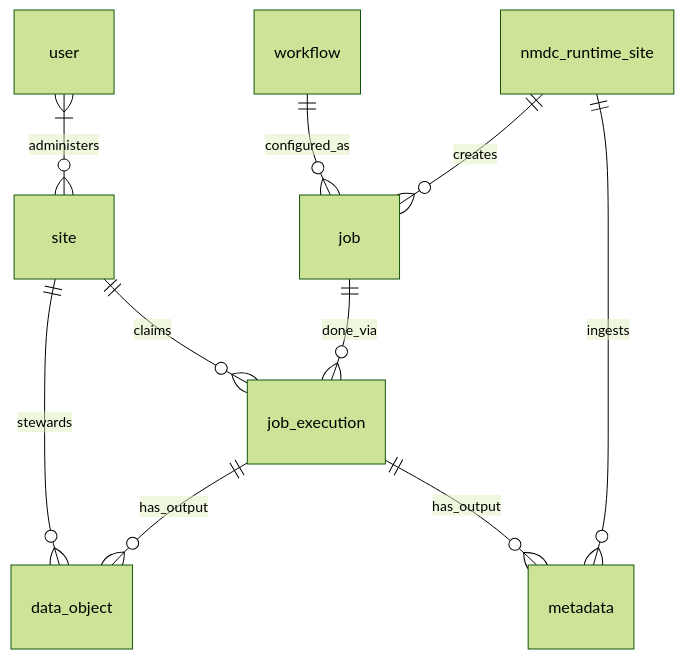
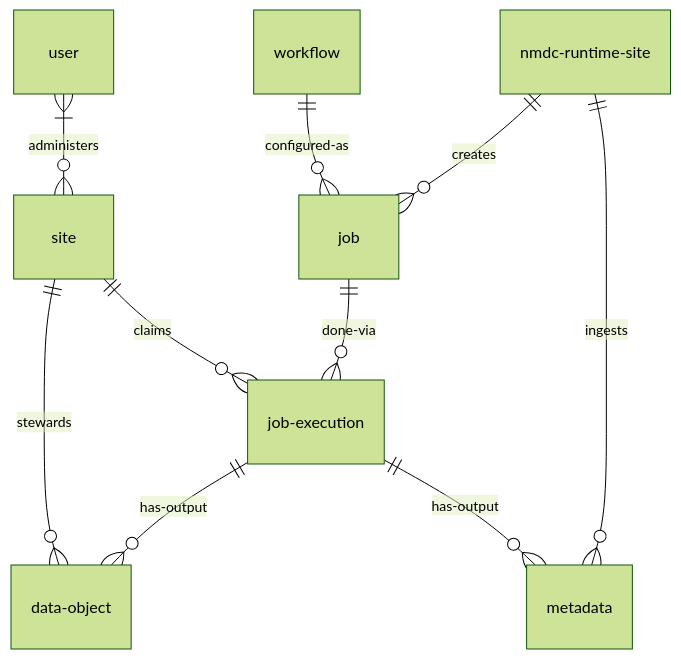
One commit to microbiomedata/nmdc-runtime changed the diagram in docs/index.md. Above: the diagram before and after it, drawn with Mermaid (forest theme). The commit also changed 1 other file, not shown here.

Commit message:
fix: mermaid digrams for docs

````diff
--- a/docs/index.md
+++ b/docs/index.md
@@ -7,12 +7,12 @@
 ```mermaid
 erDiagram
     user }|--o{ site : administers
-    site ||--o{ job_execution : claims
-    job ||--o{ job_execution : done_via
-    workflow ||--o{ job : configured_as
-    site ||--o{ data_object : stewards
-    nmdc_runtime_site ||--o{ job : creates
-    job_execution ||--o{ data_object : has_output
-    job_execution ||--o{ metadata : has_output
-    nmdc_runtime_site ||--o{ metadata : ingests
+    site ||--o{ job-execution : claims
+    job ||--o{ job-execution : done-via
+    workflow ||--o{ job : configured-as
+    site ||--o{ data-object : stewards
+    nmdc-runtime-site ||--o{ job : creates
+    job-execution ||--o{ data-object : has-output
+    job-execution ||--o{ metadata : has-output
+    nmdc-runtime-site ||--o{ metadata : ingests
 ```
````
